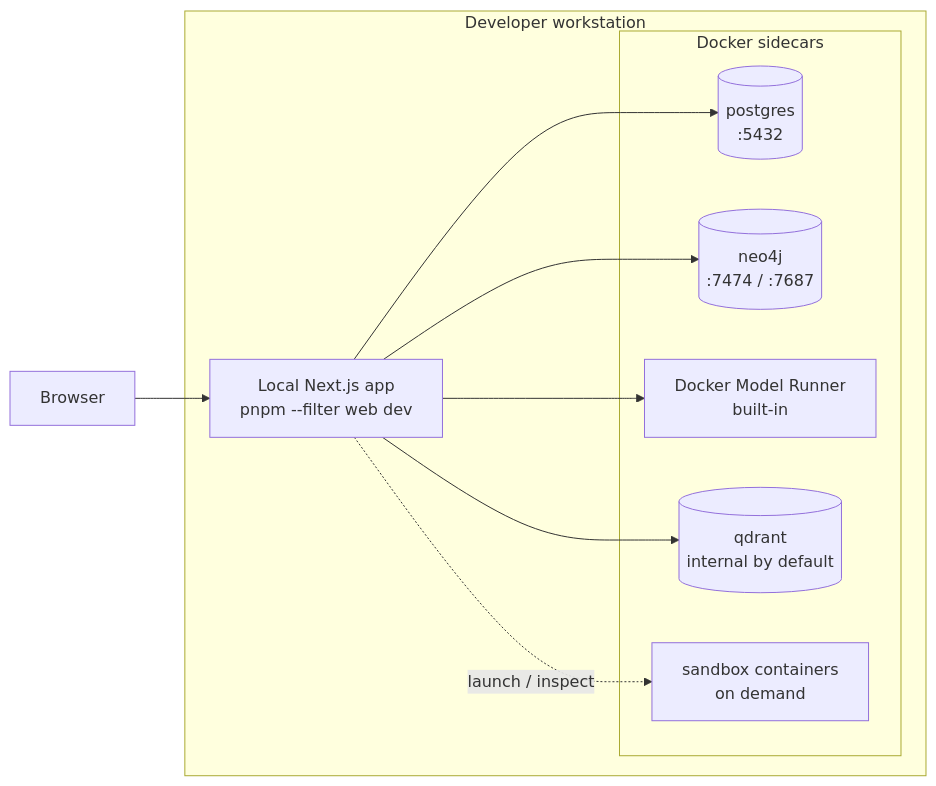
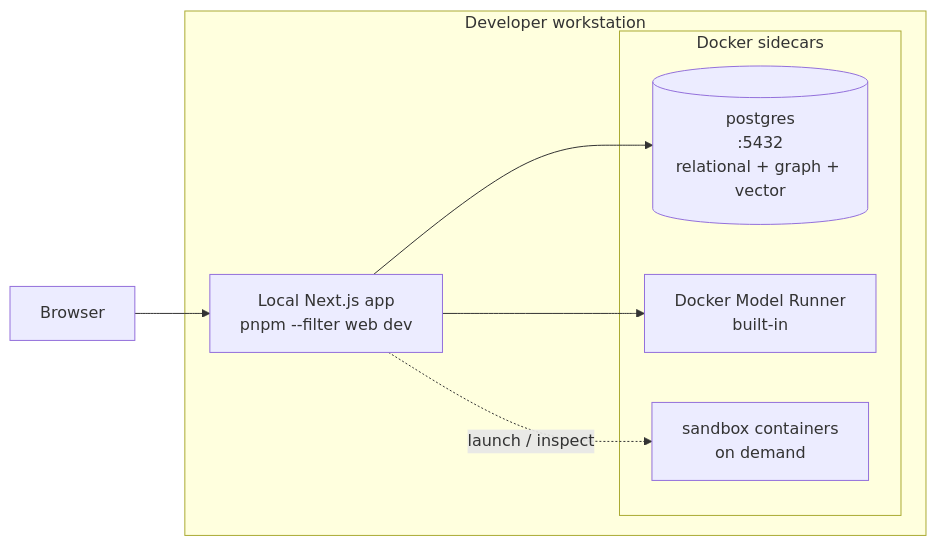
The second of 7 diagrams in docs/architecture/platform-overview.md (OpenDigitalProductFactory/opendigitalproductfactory), drawn with Mermaid before and after one commit. The commit also changed other lines of this file and 14 other files, not shown here.

````diff
--- a/docs/architecture/platform-overview.md
+++ b/docs/architecture/platform-overview.md
@@ -96,23 +106,19 @@
 ```mermaid
 flowchart LR
     browser[Browser]
 
     subgraph workstation["Developer workstation"]
         localapp[Local Next.js app<br/>pnpm --filter web dev]
 
         subgraph docker["Docker sidecars"]
-            postgres[(postgres<br/>:5432)]
-            neo4j[(neo4j<br/>:7474 / :7687)]
+            postgres[("postgres<br/>:5432<br/>relational + graph + vector")]
             modelrunner[Docker Model Runner<br/>built-in]
-            qdrant[(qdrant<br/>internal by default)]
             sandbox[sandbox containers<br/>on demand]
         end
     end
 
     browser --> localapp
     localapp --> postgres
-    localapp --> neo4j
     localapp --> modelrunner
-    localapp --> qdrant
     localapp -. launch / inspect .-> sandbox
 ```
````
